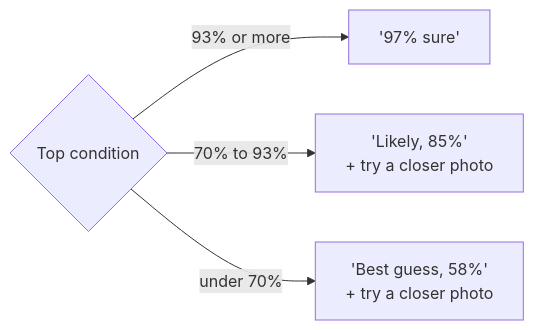
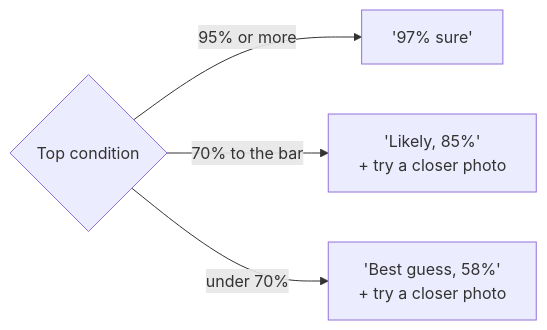
One commit to aakashksen/sprout changed the second of 3 diagrams in docs/architecture/question-engine.md. Above: the diagram before and after it, drawn with Mermaid. The commit also changed other lines of this file and 10 other files, not shown here.

Commit message:
Describe the follow-up question engine (E18) in the README, site and architecture pages; fix test count and split wording

````diff
--- a/docs/architecture/question-engine.md
+++ b/docs/architecture/question-engine.md
@@ -86,6 +68,6 @@
 ```mermaid
 flowchart LR
-    T{"Top condition"} -->|"93% or more"| S1["'97% sure'"]
-    T -->|"70% to 93%"| S2["'Likely, 85%'<br/>+ try a closer photo"]
+    T{"Top condition"} -->|"95% or more"| S1["'97% sure'"]
+    T -->|"70% to the bar"| S2["'Likely, 85%'<br/>+ try a closer photo"]
     T -->|"under 70%"| S3["'Best guess, 58%'<br/>+ try a closer photo"]
 ```
````
